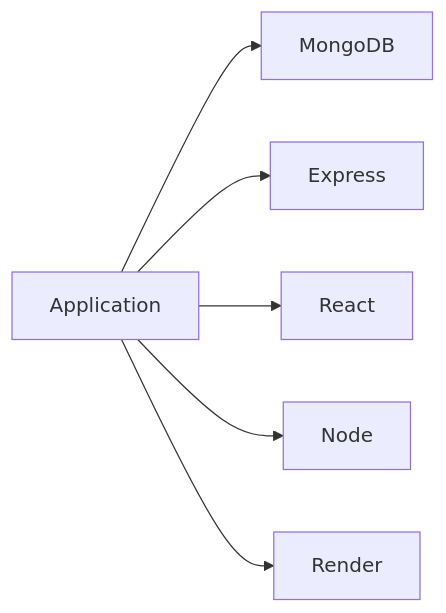
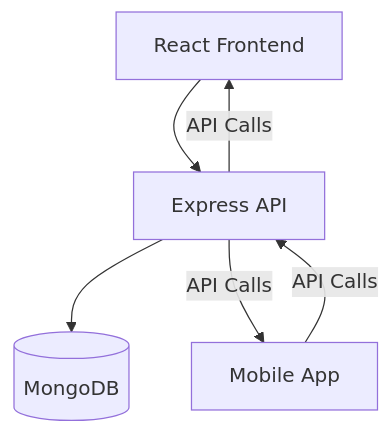
The first of 3 diagrams in server/generated_docs/B09.git/architecture.md (SaiTeja-1701/codeAtlas101), drawn with Mermaid before and after one commit. The commit also changed other lines of this file and 11 other files, not shown here.

Commit message:
add mermaid diagram rendering and polished docs viewer

````diff
--- a/server/generated_docs/B09.git/architecture.md
+++ b/server/generated_docs/B09.git/architecture.md
@@ -80,8 +12,13 @@
 ```mermaid
-graph LR
-    A[Application] --> B1[MongoDB]
-    A --> B2[Express]
-    A --> B3[React]
-    A --> B4[Node]
-    A --> B5[Render]
+graph TD
+    Frontend[React Frontend]
+    --> Backend[Express API]
+    Backend
+    --> Database[(MongoDB)]
+    Backend
+    -->|API Calls| Frontend
+    Backend
+    -->|API Calls| Mobile[Mobile App]
+    Mobile
+    -->|API Calls| Backend
 ```
````
